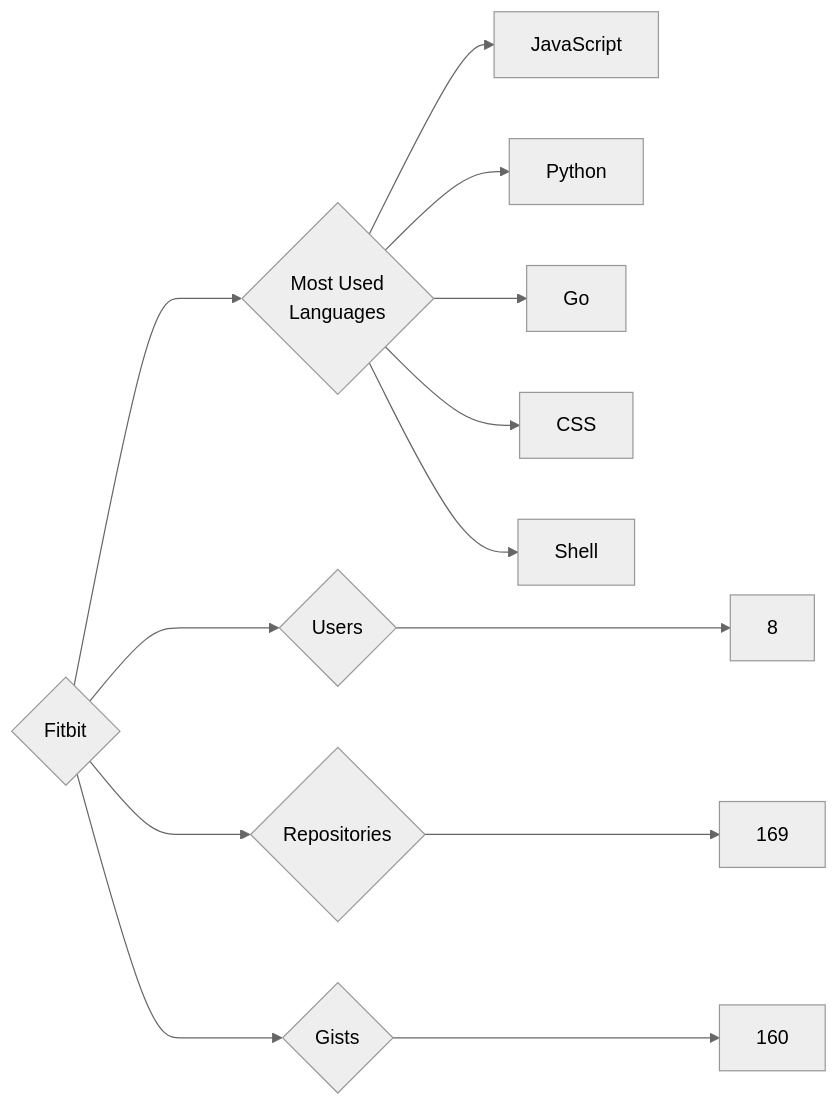
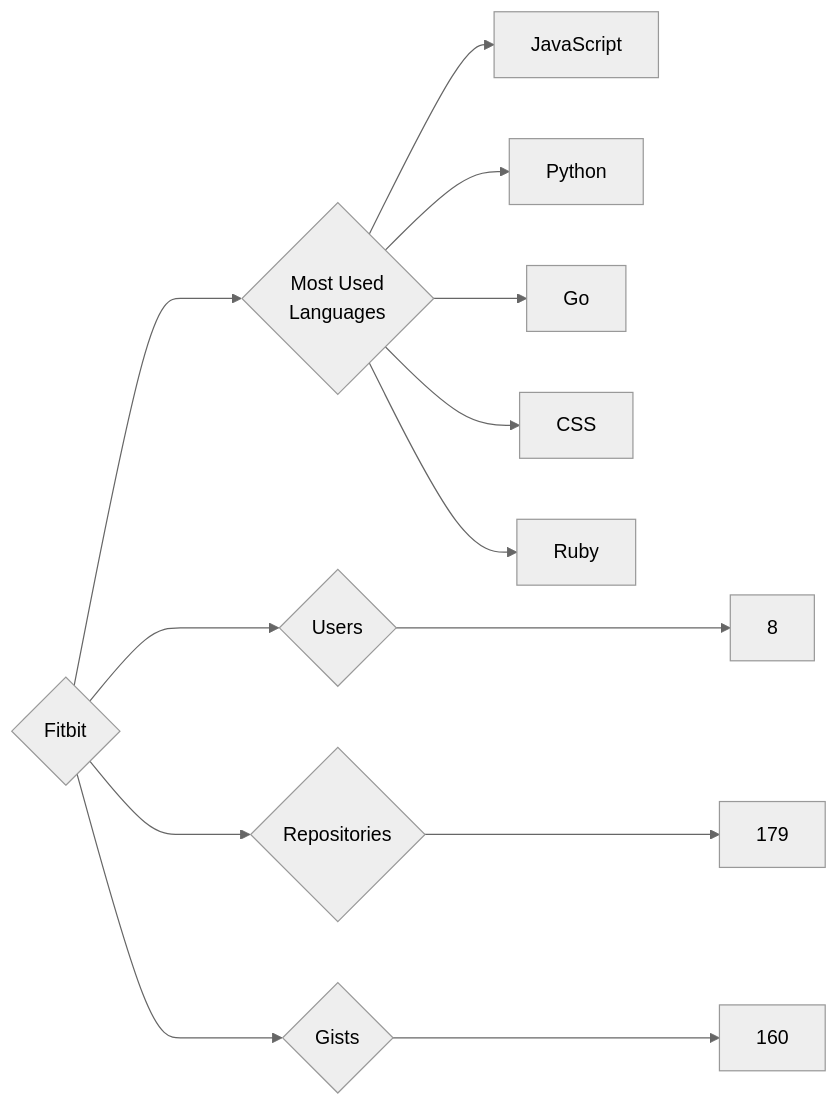
Before and after one commit to trickest/insiders: the diagram in targets/Fitbit/README.md, drawn with Mermaid (neutral theme). The commit also changed 874 other files, not shown here.

````diff
--- a/targets/Fitbit/README.md
+++ b/targets/Fitbit/README.md
@@ -3,13 +3,13 @@
 ```mermaid
 graph LR
 COMPANY_NAME{Fitbit}
 COMPANY_NAME ---> U{Users} ---> UN[8]
-COMPANY_NAME ---> R{Repositories} ---> RN[169]
+COMPANY_NAME ---> R{Repositories} ---> RN[179]
 COMPANY_NAME ---> G{Gists} ---> GN[160]
 COMPANY_NAME ---> ML{Most Used<br>Languages}
 ML --> JavaScript[JavaScript]
 ML --> Python[Python]
 ML --> Go[Go]
 ML --> CSS[CSS]
-ML --> Shell[Shell]
+ML --> Ruby[Ruby]
 ```
````
